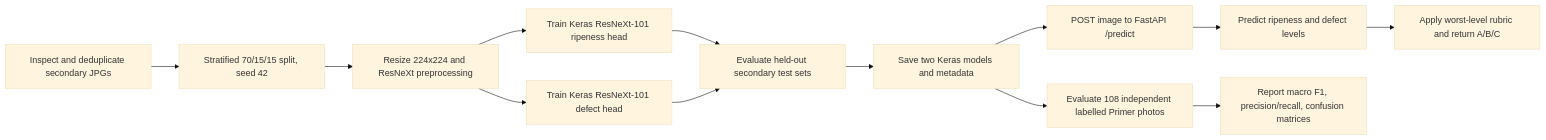
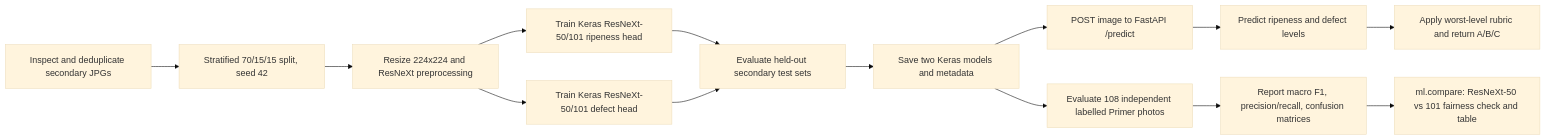
One commit to 4thSemester-Polije/tomato-sorter changed the diagram in docs/ML_RESNEXT101.md. Above: the diagram before and after it, drawn with Mermaid (base theme). The commit also changed other lines of this file and 10 other files, not shown here.

````diff
--- a/docs/ML_RESNEXT101.md
+++ b/docs/ML_RESNEXT101.md
@@ -181,15 +216,16 @@
 ```mermaid
 flowchart LR
     A[Inspect and deduplicate secondary JPGs] --> B[Stratified 70/15/15 split, seed 42]
     B --> C[Resize 224x224 and ResNeXt preprocessing]
-    C --> D1[Train Keras ResNeXt-101 ripeness head]
-    C --> D2[Train Keras ResNeXt-101 defect head]
+    C --> D1[Train Keras ResNeXt-50/101 ripeness head]
+    C --> D2[Train Keras ResNeXt-50/101 defect head]
     D1 --> E[Evaluate held-out secondary test sets]
     D2 --> E
     E --> F[Save two Keras models and metadata]
     F --> G[POST image to FastAPI /predict]
     G --> H[Predict ripeness and defect levels]
     H --> I[Apply worst-level rubric and return A/B/C]
     F --> J[Evaluate 108 independent labelled Primer photos]
     J --> K[Report macro F1, precision/recall, confusion matrices]
+    K --> L[ml.compare: ResNeXt-50 vs 101 fairness check and table]
 ```
````
